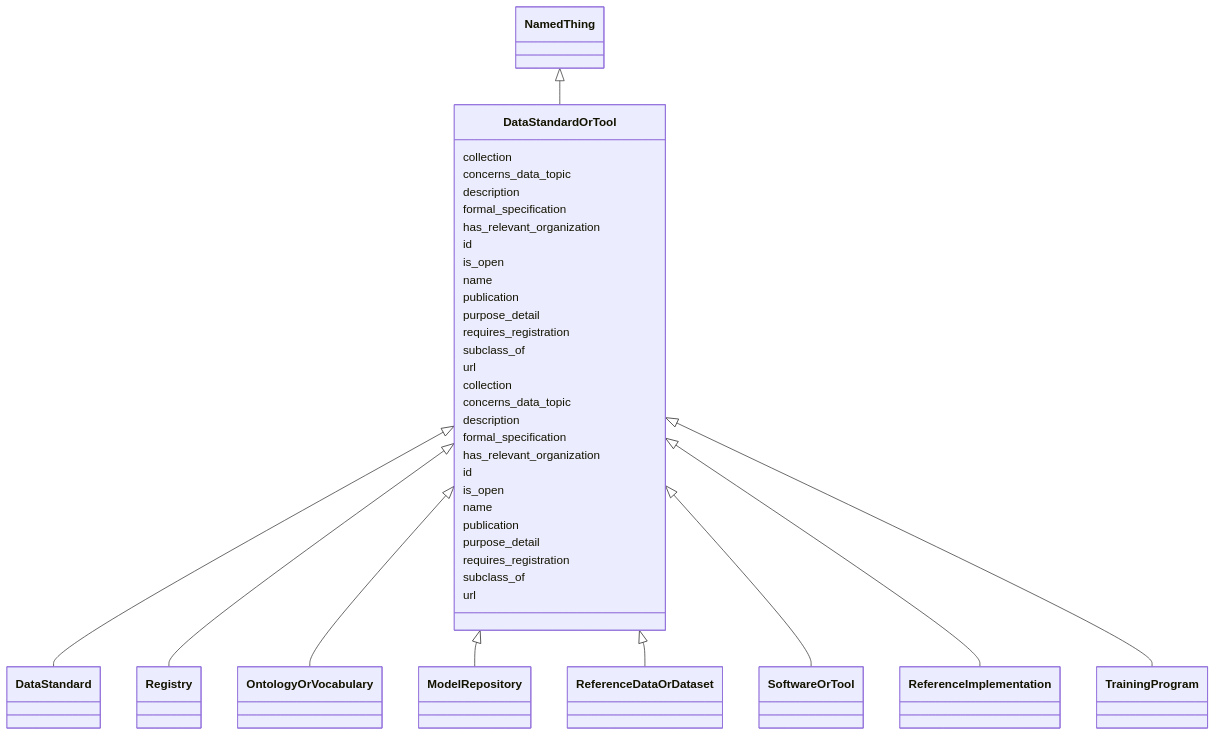
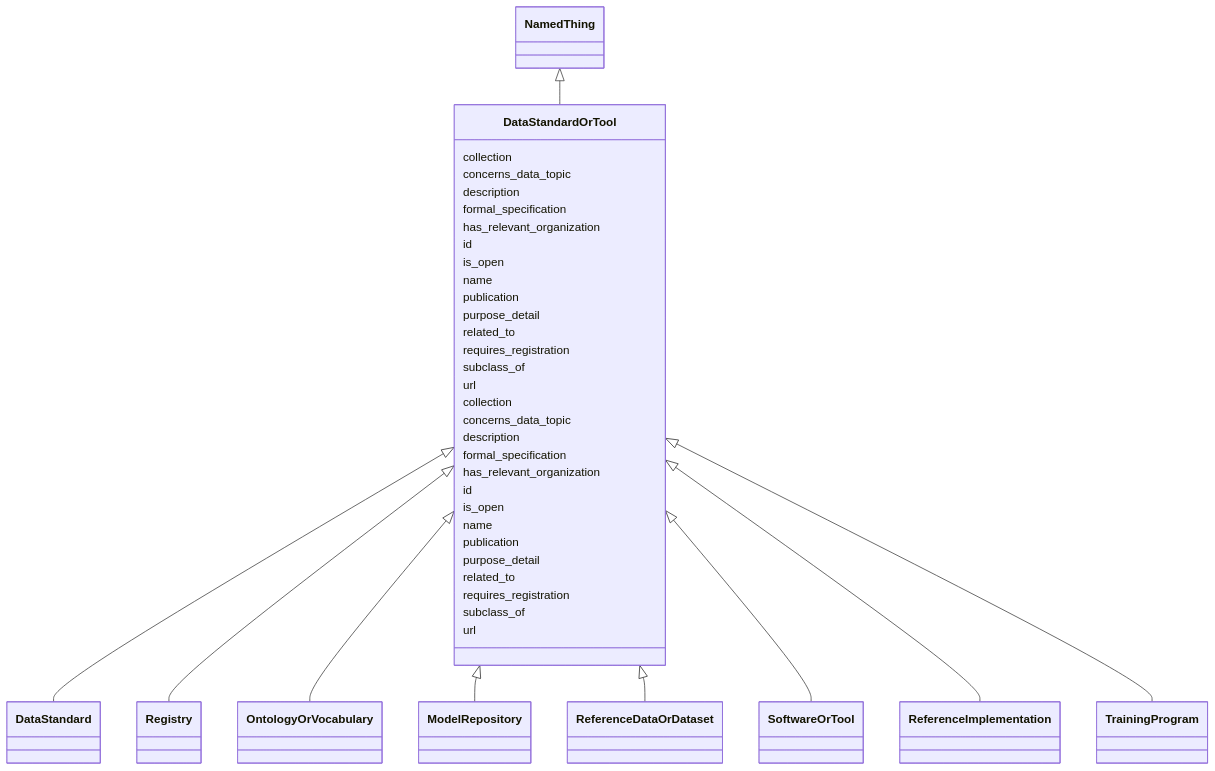
One commit to bridge2ai/standards-schemas changed the diagram in docs/DataStandardOrTool.md. Above: the diagram before and after it, drawn with Mermaid. The commit also changed other lines of this file and 65 other files, not shown here.

````diff
--- a/docs/DataStandardOrTool.md
+++ b/docs/DataStandardOrTool.md
@@ -11,44 +11,46 @@
 ```mermaid
  classDiagram
     class DataStandardOrTool
       NamedThing <|-- DataStandardOrTool
       
       DataStandardOrTool : collection
       DataStandardOrTool : concerns_data_topic
       DataStandardOrTool : description
       DataStandardOrTool : formal_specification
       DataStandardOrTool : has_relevant_organization
       DataStandardOrTool : id
       DataStandardOrTool : is_open
       DataStandardOrTool : name
       DataStandardOrTool : publication
       DataStandardOrTool : purpose_detail
+      DataStandardOrTool : related_to
       DataStandardOrTool : requires_registration
       DataStandardOrTool : subclass_of
       DataStandardOrTool : url
       
 
       DataStandardOrTool <|-- DataStandard
       DataStandardOrTool <|-- Registry
       DataStandardOrTool <|-- OntologyOrVocabulary
       DataStandardOrTool <|-- ModelRepository
       DataStandardOrTool <|-- ReferenceDataOrDataset
       DataStandardOrTool <|-- SoftwareOrTool
       DataStandardOrTool <|-- ReferenceImplementation
       DataStandardOrTool <|-- TrainingProgram
       
       DataStandardOrTool : collection
       DataStandardOrTool : concerns_data_topic
       DataStandardOrTool : description
       DataStandardOrTool : formal_specification
       DataStandardOrTool : has_relevant_organization
       DataStandardOrTool : id
       DataStandardOrTool : is_open
       DataStandardOrTool : name
       DataStandardOrTool : publication
       DataStandardOrTool : purpose_detail
+      DataStandardOrTool : related_to
       DataStandardOrTool : requires_registration
       DataStandardOrTool : subclass_of
       DataStandardOrTool : url
       
 ```
````
